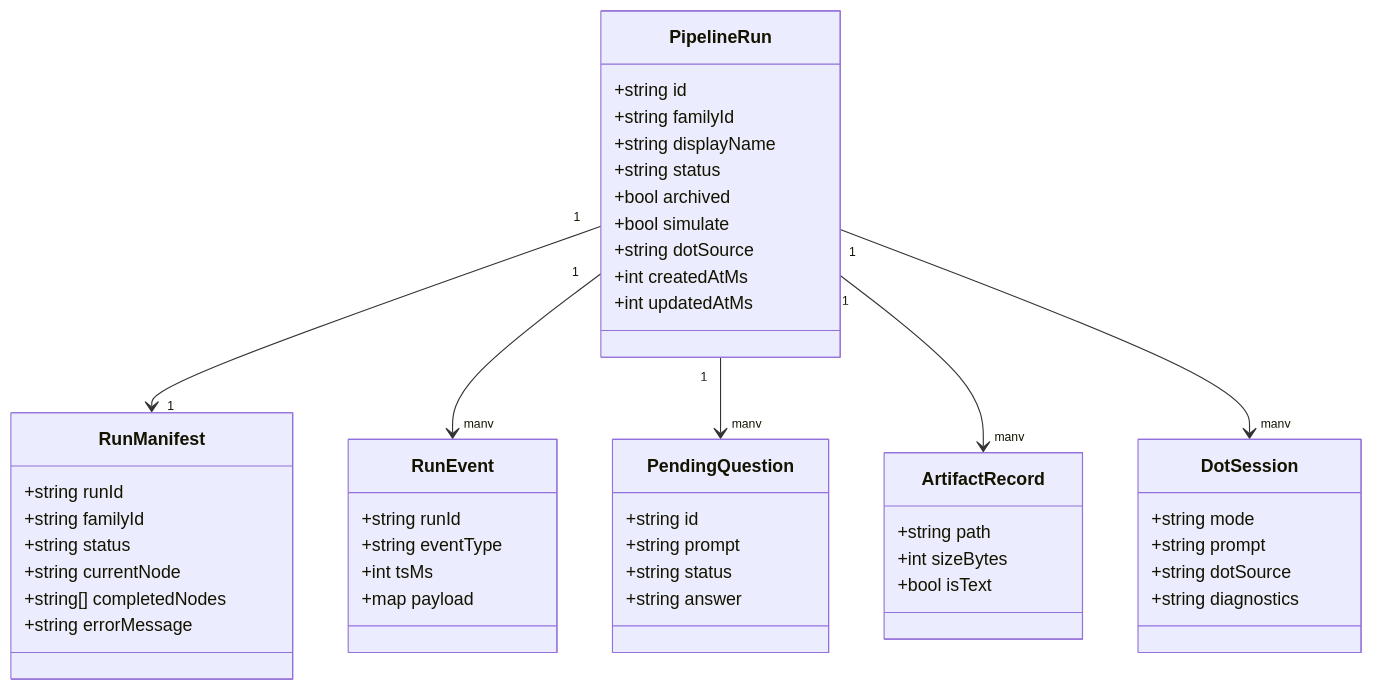
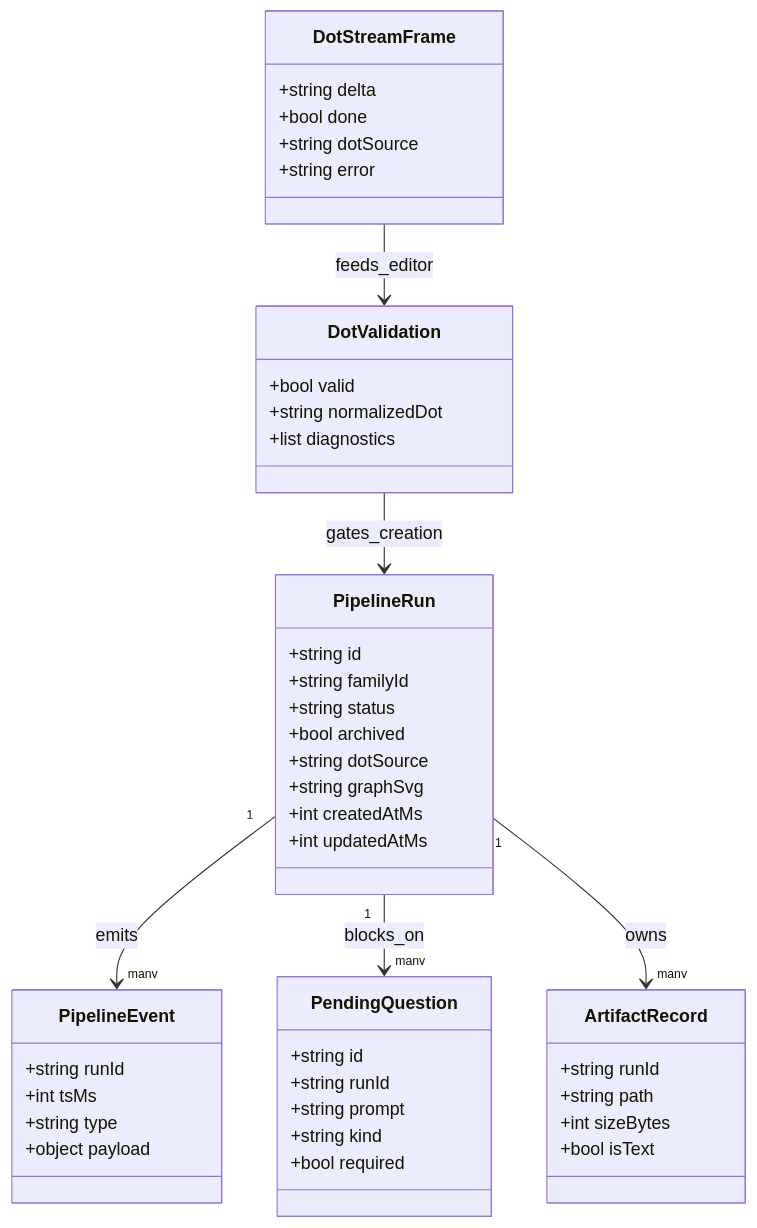
One commit to jaytaylor/attractor-php changed the first of 5 diagrams in docs/sprints/SPRINT-002-attractor-php-web-dashboard.md. Above: the diagram before and after it, drawn with Mermaid. The commit also changed other lines of this file, not shown here.

````diff
--- a/docs/sprints/SPRINT-002-attractor-php-web-dashboard.md
+++ b/docs/sprints/SPRINT-002-attractor-php-web-dashboard.md
@@ -1766,56 +2763,54 @@
 ```mermaid
 classDiagram
     class PipelineRun {
       +string id
       +string familyId
-      +string displayName
       +string status
       +bool archived
-      +bool simulate
       +string dotSource
+      +string graphSvg
       +int createdAtMs
       +int updatedAtMs
     }
 
-    class RunManifest {
+    class PipelineEvent {
       +string runId
-      +string familyId
-      +string status
-      +string currentNode
-      +string[] completedNodes
-      +string errorMessage
-    }
-
-    class RunEvent {
-      +string runId
-      +string eventType
       +int tsMs
-      +map payload
+      +string type
+      +object payload
     }
 
     class PendingQuestion {
       +string id
+      +string runId
       +string prompt
-      +string status
-      +string answer
+      +string kind
+      +bool required
     }
 
     class ArtifactRecord {
+      +string runId
       +string path
       +int sizeBytes
       +bool isText
     }
 
-    class DotSession {
-      +string mode
-      +string prompt
-      +string dotSource
-      +string diagnostics
+    class DotValidation {
+      +bool valid
+      +string normalizedDot
+      +list diagnostics
     }
 
-    PipelineRun "1" --> "1" RunManifest
-    PipelineRun "1" --> "many" RunEvent
-    PipelineRun "1" --> "many" PendingQuestion
-    PipelineRun "1" --> "many" ArtifactRecord
-    PipelineRun "1" --> "many" DotSession
+    class DotStreamFrame {
+      +string delta
+      +bool done
+      +string dotSource
+      +string error
+    }
+
+    PipelineRun "1" --> "many" PipelineEvent : emits
+    PipelineRun "1" --> "many" PendingQuestion : blocks_on
+    PipelineRun "1" --> "many" ArtifactRecord : owns
+    DotValidation --> PipelineRun : gates_creation
+    DotStreamFrame --> DotValidation : feeds_editor
 ```
````
